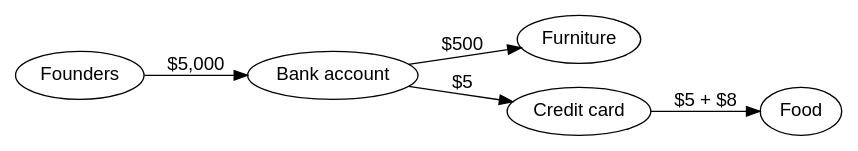
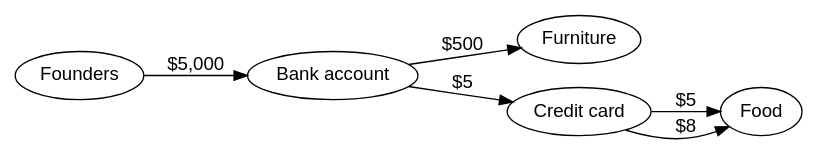
One commit to ept/blog changed the diagram in static/2011/03/accounting3.dot. Above: the diagram before and after it, drawn with Graphviz. The commit also changed 1 other file, not shown here.

Commit message:
Tweaked accounting graph image

```diff
--- a/static/2011/03/accounting3.dot
+++ b/static/2011/03/accounting3.dot
@@ -1,18 +1,19 @@
 #!/usr/bin/env dot -O -Tpng
 
 digraph G {
     graph [rankdir=LR, fontname=Arial];
     node [fontname=Arial];
     edge [fontname=Arial];
 
     capital -> bank [label="$5,000"];
     bank -> furniture [label="$500"];
     bank -> creditcard [label="$5"];
-    creditcard -> food [label="$5 + $8"];
+    creditcard -> food [label="$5"];
+    creditcard -> food [label="$8"];
 
     capital      [label="Founders"];
     bank         [label="Bank account"];
     furniture    [label="Furniture"];
     creditcard   [label="Credit card"];
     food         [label="Food"];
 }
```
